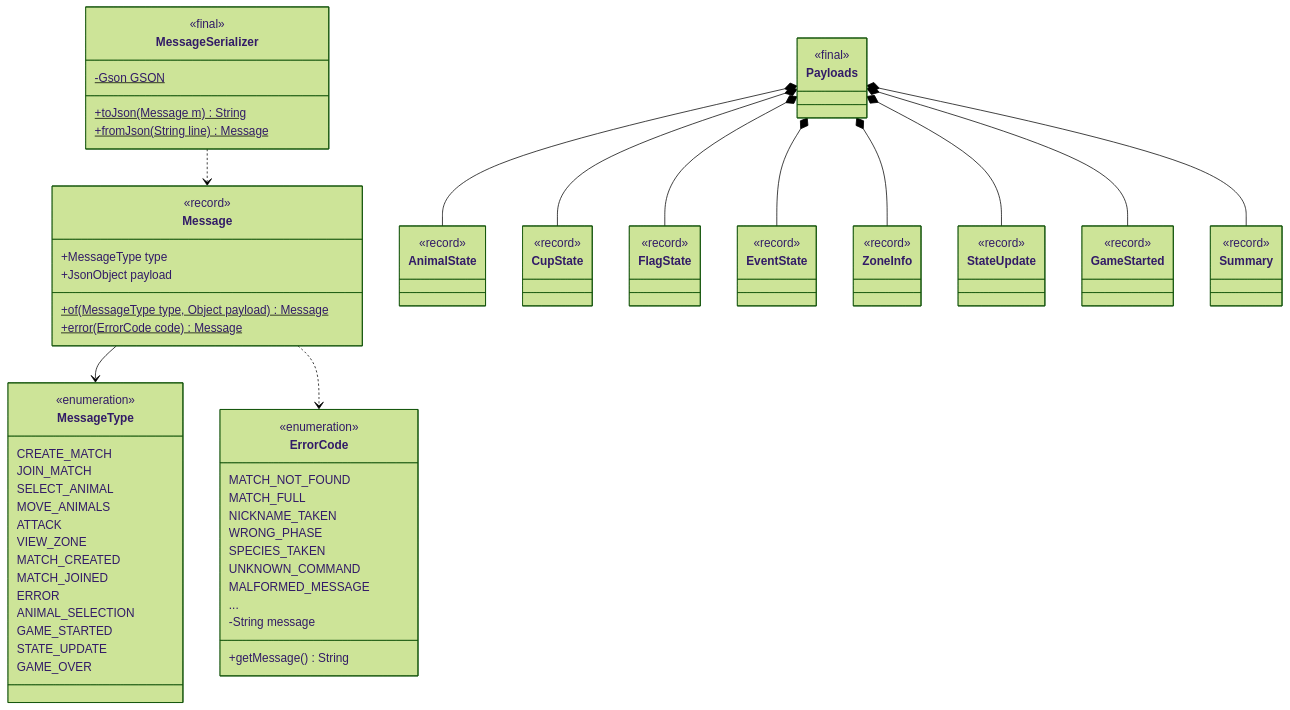
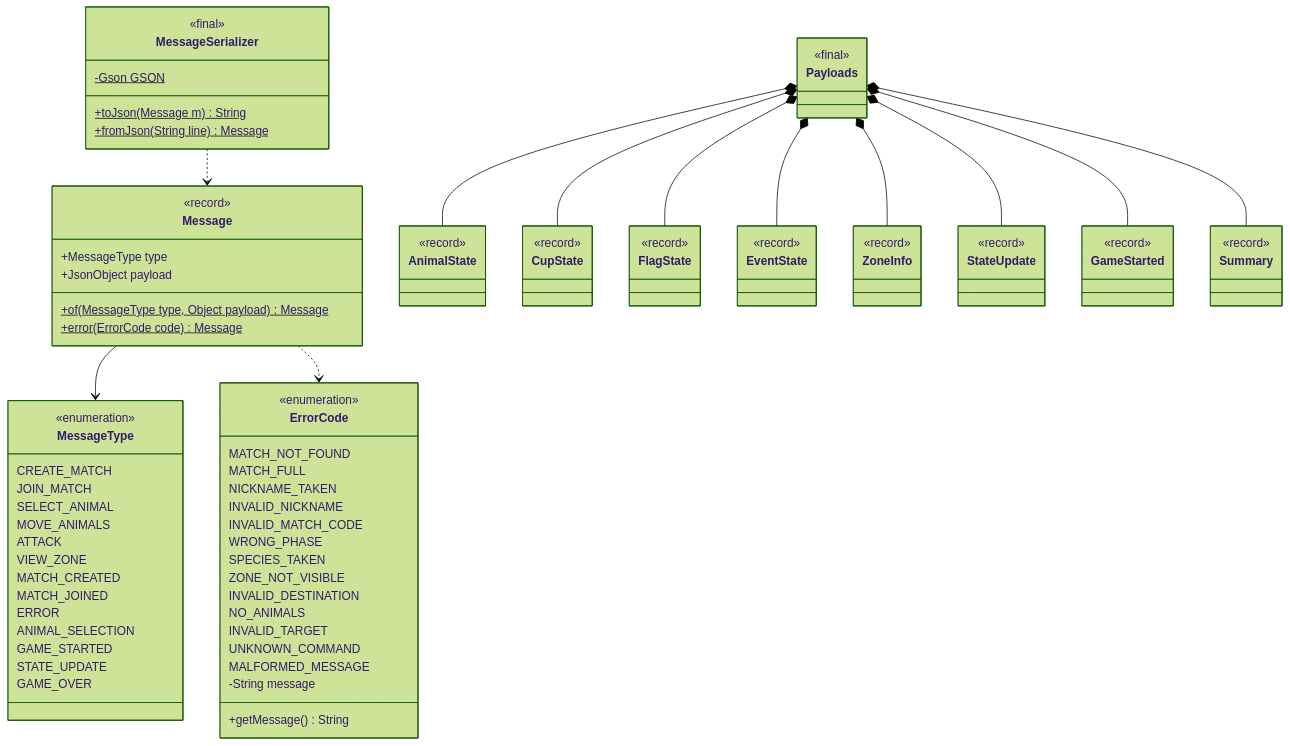
The sixth of 8 diagrams in README.md (jordanseas/Jungle-Attack), drawn with Mermaid (forest theme) before and after one commit. The commit also changed other lines of this file, not shown here.

```diff
--- a/README.md
+++ b/README.md
@@ -649,11 +822,16 @@
         MATCH_NOT_FOUND
         MATCH_FULL
         NICKNAME_TAKEN
+        INVALID_NICKNAME
+        INVALID_MATCH_CODE
         WRONG_PHASE
         SPECIES_TAKEN
+        ZONE_NOT_VISIBLE
+        INVALID_DESTINATION
+        NO_ANIMALS
+        INVALID_TARGET
         UNKNOWN_COMMAND
         MALFORMED_MESSAGE
-        ...
         -String message
         +getMessage() String
     }
```
